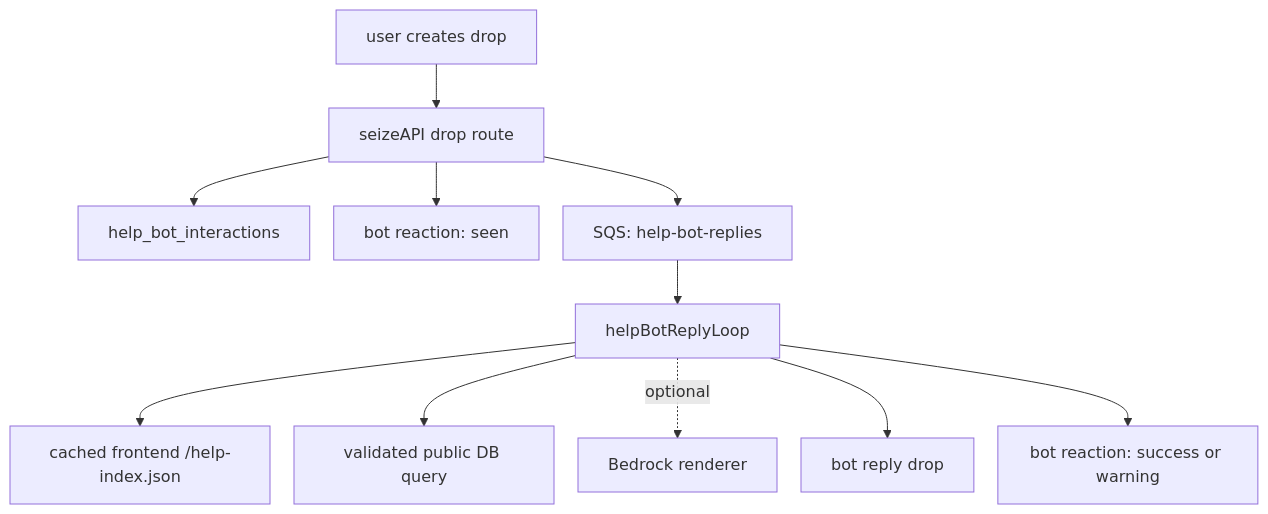
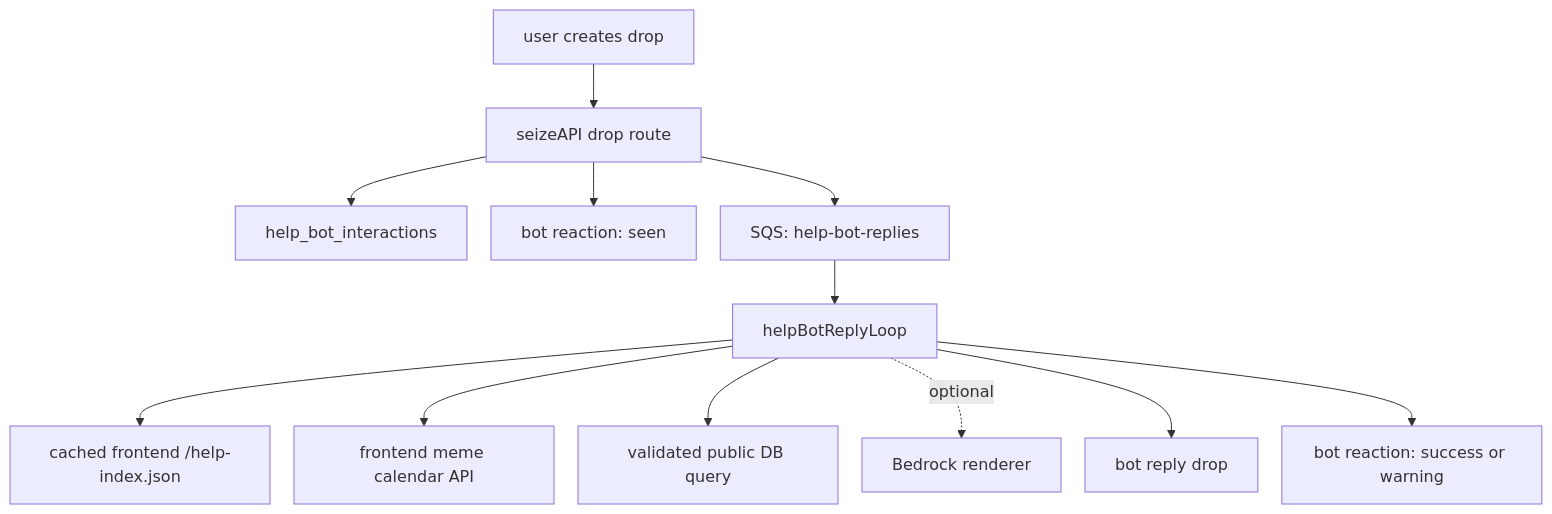
Before and after one commit to 6529-Collections/6529seize-backend: the second of 3 diagrams in docs/architecture.md, drawn with Mermaid. The commit also changed other lines of this file and 11 other files, not shown here.

````diff
--- a/docs/architecture.md
+++ b/docs/architecture.md
@@ -301,14 +301,15 @@
 ```mermaid
 %%{init: {"flowchart": {"nodeSpacing": 24, "rankSpacing": 44, "curve": "basis"}} }%%
 flowchart TD
   UserDrop["user creates drop"] --> DropRoute["seizeAPI drop route"]
   DropRoute --> InteractionRow["help_bot_interactions"]
   DropRoute --> SeenReaction["bot reaction: seen"]
   DropRoute --> HelpBotSqs["SQS: help-bot-replies"]
   HelpBotSqs --> HelpBotWorker["helpBotReplyLoop"]
   HelpBotWorker --> FrontendIndex["cached frontend /help-index.json"]
+  HelpBotWorker --> FrontendCalendar["frontend meme calendar API"]
   HelpBotWorker --> PublicData["validated public DB query"]
   HelpBotWorker -. optional .-> Bedrock["Bedrock renderer"]
   HelpBotWorker --> BotReply["bot reply drop"]
   HelpBotWorker --> FinalReaction["bot reaction: success or warning"]
 ```
````
